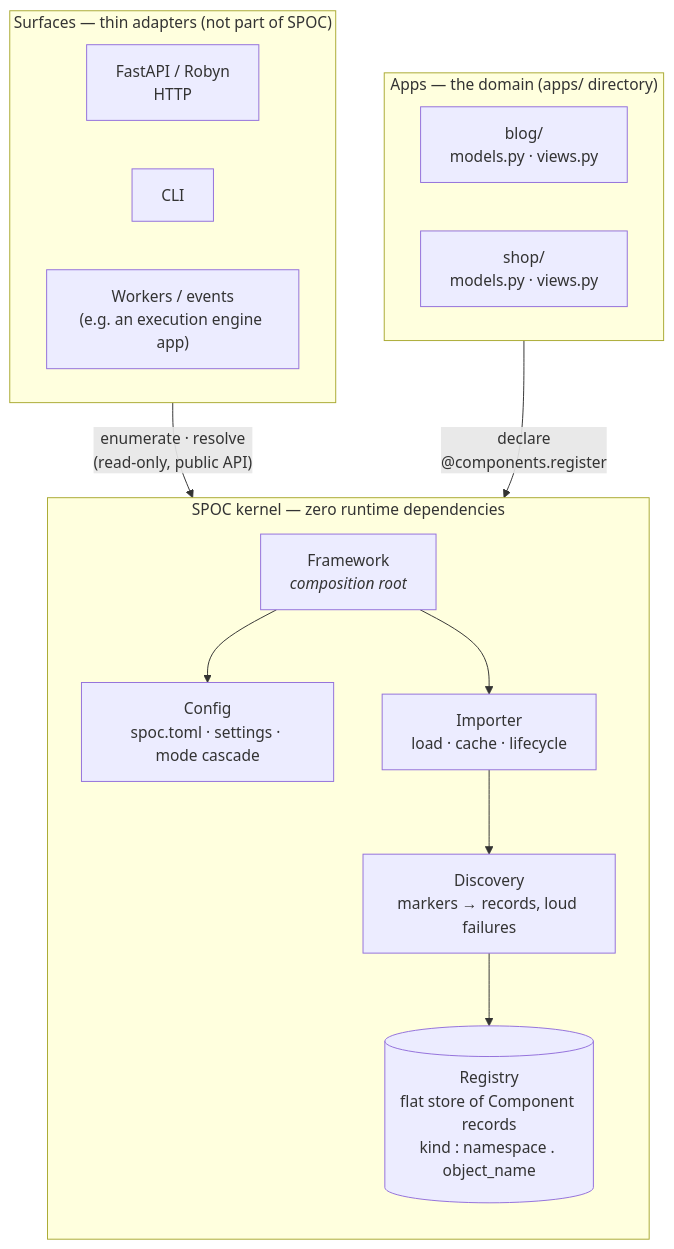
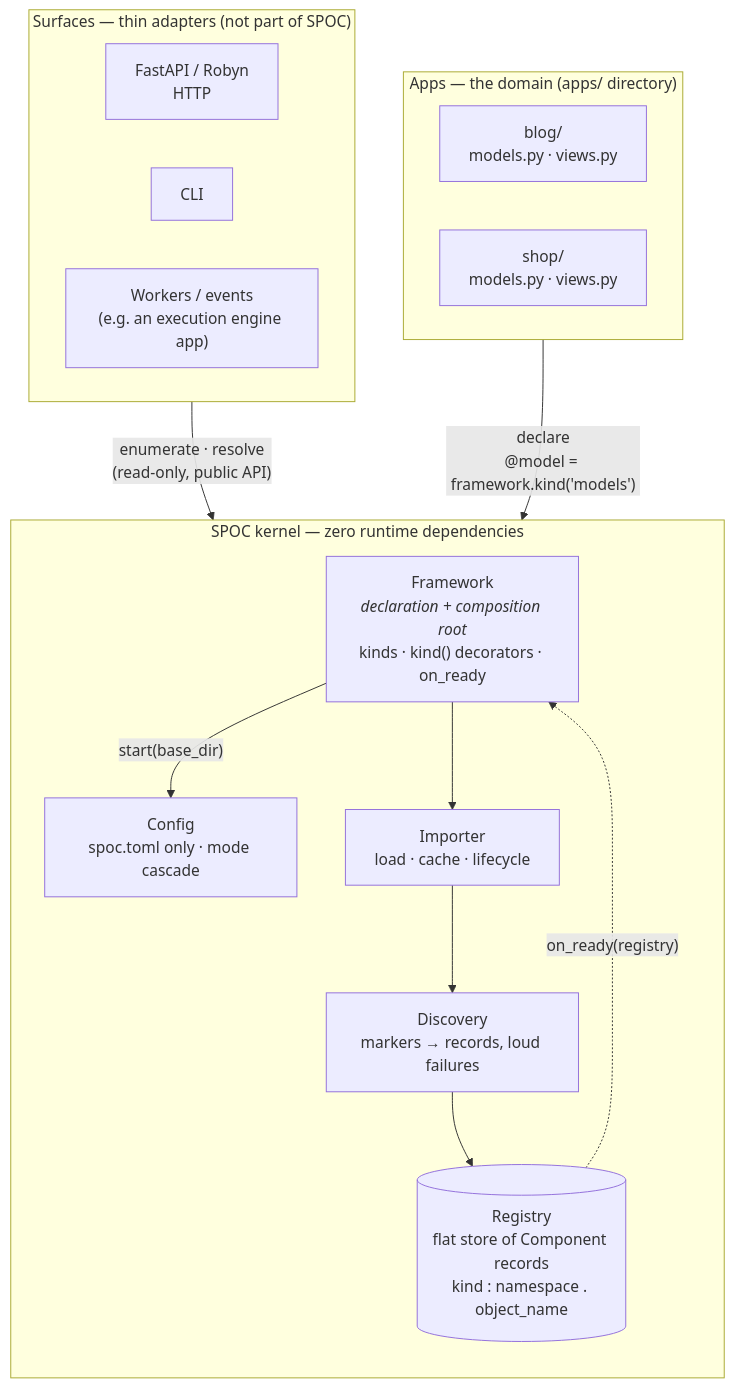
Before and after one commit to hlop3z/spoc: the first of 3 diagrams in docs/architecture/kernel.md, drawn with Mermaid. The commit also changed other lines of this file and 16 other files, not shown here.

````diff
--- a/docs/architecture/kernel.md
+++ b/docs/architecture/kernel.md
@@ -9,32 +10,33 @@
 ```mermaid
 flowchart TB
     subgraph surfaces ["Surfaces — thin adapters (not part of SPOC)"]
         direction LR
         fastapi["FastAPI / Robyn<br/>HTTP"]
         cli["CLI"]
         workers["Workers / events<br/>(e.g. an execution engine app)"]
     end
 
     subgraph kernel ["SPOC kernel — zero runtime dependencies"]
         direction TB
-        framework["Framework<br/><i>composition root</i>"]
-        config["Config<br/>spoc.toml · settings · mode cascade"]
+        framework["Framework<br/><i>declaration + composition root</i><br/>kinds · kind() decorators · on_ready"]
+        config["Config<br/>spoc.toml only · mode cascade"]
         importer["Importer<br/>load · cache · lifecycle"]
         discovery["Discovery<br/>markers → records, loud failures"]
         registry[("Registry<br/>flat store of Component records<br/>kind : namespace . object_name")]
 
-        framework --> config
+        framework -- "start(base_dir)" --> config
         framework --> importer
         importer --> discovery
         discovery --> registry
+        registry -. "on_ready(registry)" .-> framework
     end
 
     subgraph apps ["Apps — the domain (apps/ directory)"]
         direction LR
         blog["blog/<br/>models.py · views.py"]
         shop["shop/<br/>models.py · views.py"]
     end
 
     surfaces -- "enumerate · resolve<br/>(read-only, public API)" --> registry
-    apps -- "declare<br/>@components.register" --> discovery
+    apps -- "declare<br/>@model = framework.kind('models')" --> discovery
 ```
````
